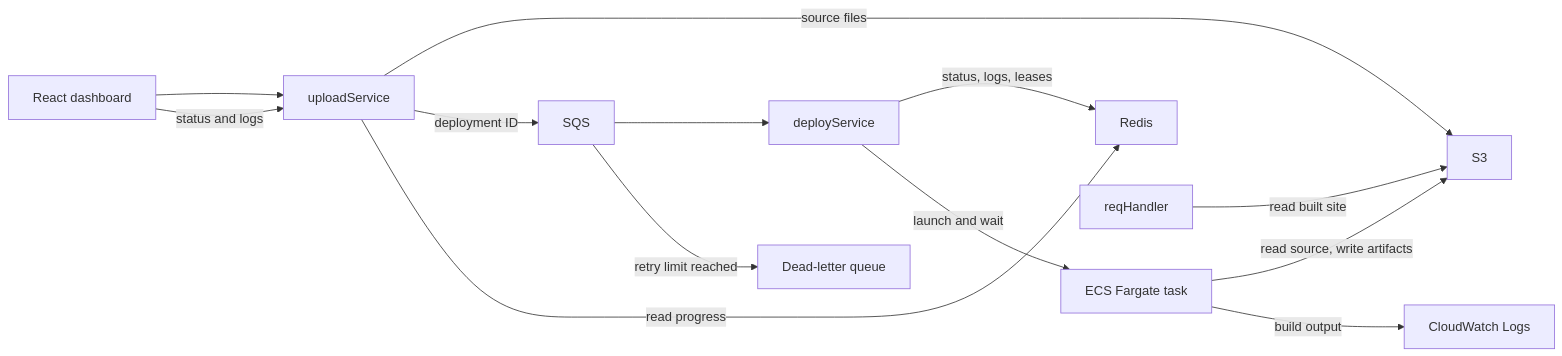
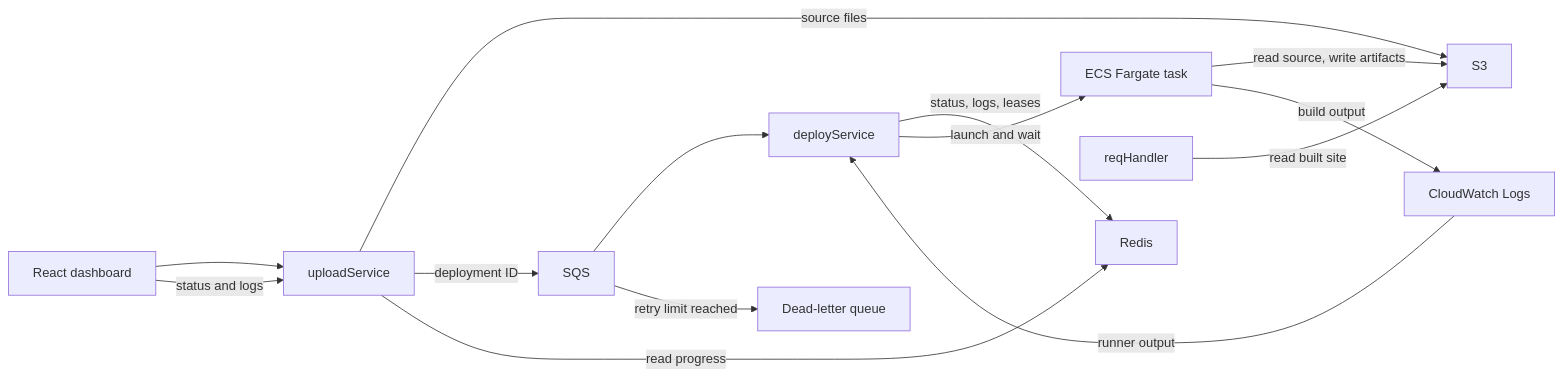
One commit to Kunall04/cygnus changed the diagram in README.md. Above: the diagram before and after it, drawn with Mermaid. The commit also changed other lines of this file and 5 other files, not shown here.

````diff
--- a/README.md
+++ b/README.md
@@ -7,15 +7,16 @@
 ```mermaid
 flowchart LR
     UI["React dashboard"] --> API["uploadService"]
     API -->|source files| S3["S3"]
     API -->|deployment ID| SQS["SQS"]
     SQS --> Worker["deployService"]
     SQS -->|retry limit reached| DLQ["Dead-letter queue"]
     Worker -->|status, logs, leases| Redis["Redis"]
     Worker -->|launch and wait| Runner["ECS Fargate task"]
     Runner -->|read source, write artifacts| S3
     Runner -->|build output| Logs["CloudWatch Logs"]
+    Logs -->|runner output| Worker
     Preview["reqHandler"] -->|read built site| S3
     UI -->|status and logs| API
     API -->|read progress| Redis
 ```
````
